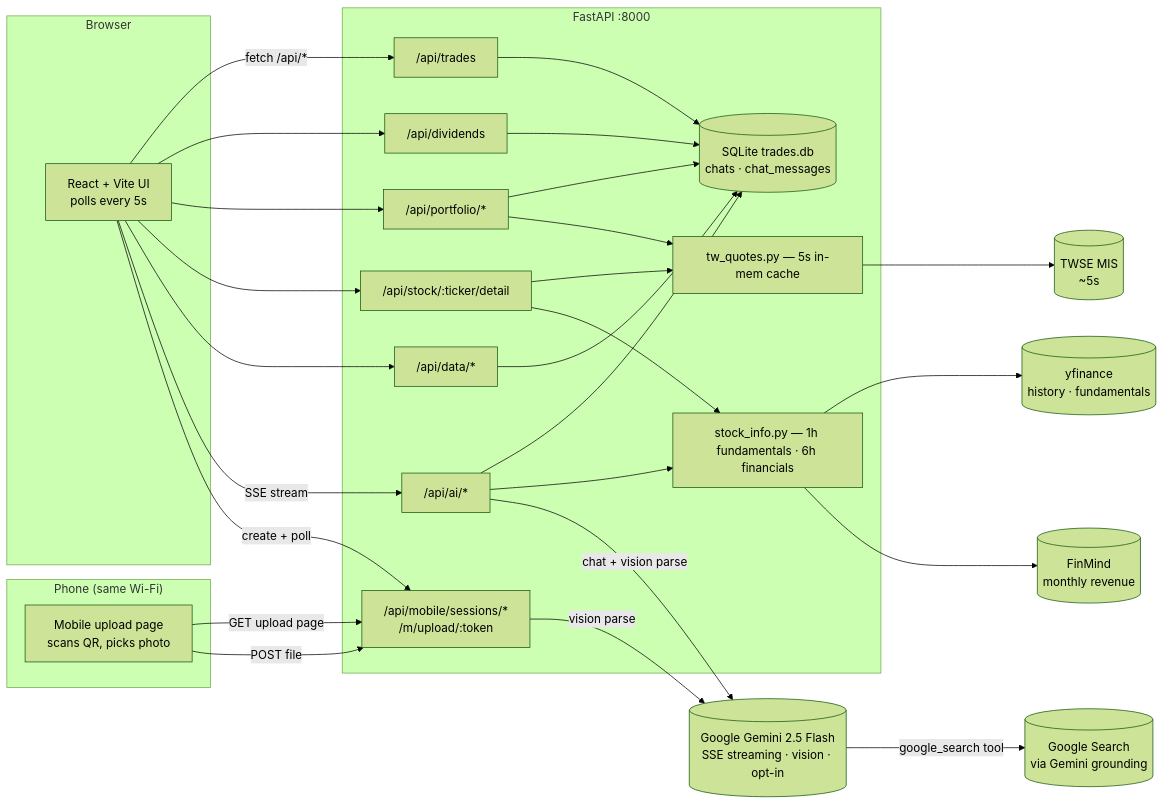
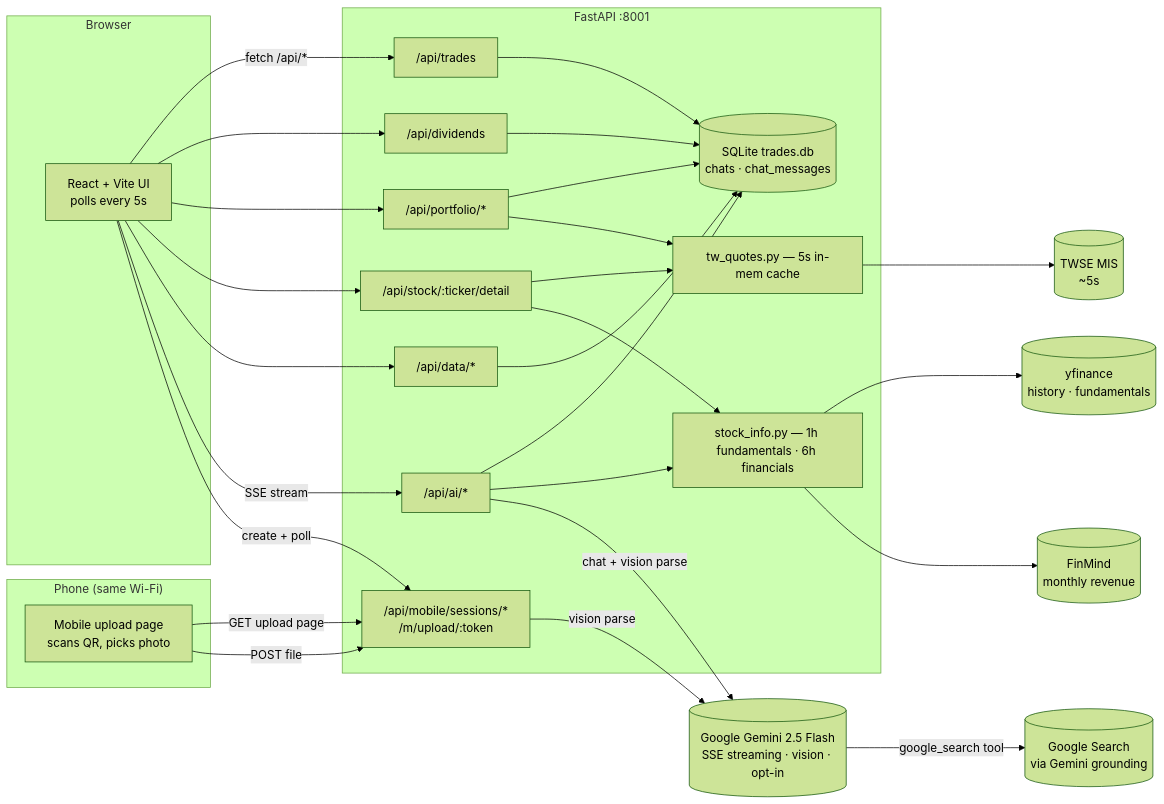
The diagram in README.md (jimmy19981226/stock-tracker), drawn with Mermaid (forest theme) before and after one commit. The commit also changed other lines of this file, not shown here.

````diff
--- a/README.md
+++ b/README.md
@@ -173,51 +176,51 @@
 ```mermaid
 flowchart LR
   subgraph Browser
     UI[React + Vite UI<br/>polls every 5s]
   end
   subgraph Phone["Phone (same Wi-Fi)"]
     PhonePage[Mobile upload page<br/>scans QR, picks photo]
   end
-  subgraph Backend["FastAPI :8000"]
+  subgraph Backend["FastAPI :8001"]
     Trades["/api/trades"]
     Dividends["/api/dividends"]
     Portfolio["/api/portfolio/*"]
     Stock["/api/stock/:ticker/detail"]
     Data["/api/data/*"]
     AI["/api/ai/*"]
     Mobile["/api/mobile/sessions/*<br/>/m/upload/:token"]
     Quotes["tw_quotes.py — 5s in-mem cache"]
     SInfo["stock_info.py — 1h fundamentals · 6h financials"]
     DB[("SQLite trades.db<br/>chats · chat_messages")]
   end
   TWSE[("TWSE MIS<br/>~5s")]
   YF[("yfinance<br/>history · fundamentals")]
   FM[("FinMind<br/>monthly revenue")]
   Gemini[("Google Gemini 2.5 Flash<br/>SSE streaming · vision · opt-in")]
   GSearch[("Google Search<br/>via Gemini grounding")]
 
   UI -- "fetch /api/*" --> Trades
   UI --> Dividends
   UI --> Portfolio
   UI --> Stock
   UI --> Data
   UI -- "SSE stream" --> AI
   UI -- "create + poll" --> Mobile
   PhonePage -- "GET upload page" --> Mobile
   PhonePage -- "POST file" --> Mobile
   Trades --> DB
   Dividends --> DB
   Data --> DB
   Portfolio --> DB
   Portfolio --> Quotes
   Stock --> Quotes
   Stock --> SInfo
   AI --> DB
   AI --> SInfo
   AI -- "chat + vision parse" --> Gemini
   Mobile -- "vision parse" --> Gemini
   Gemini -- "google_search tool" --> GSearch
   Quotes --> TWSE
   SInfo --> YF
   SInfo --> FM
 ```
````
